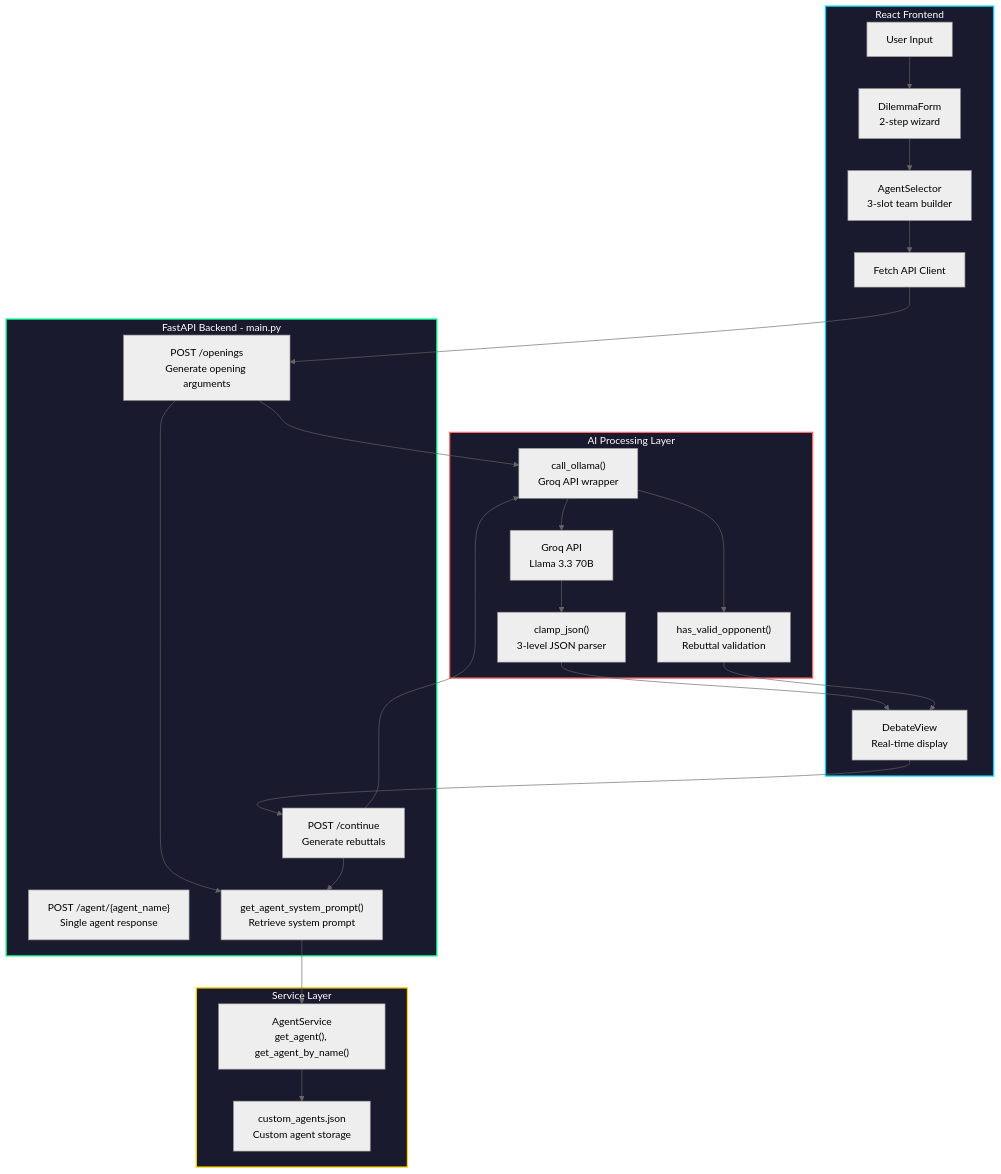
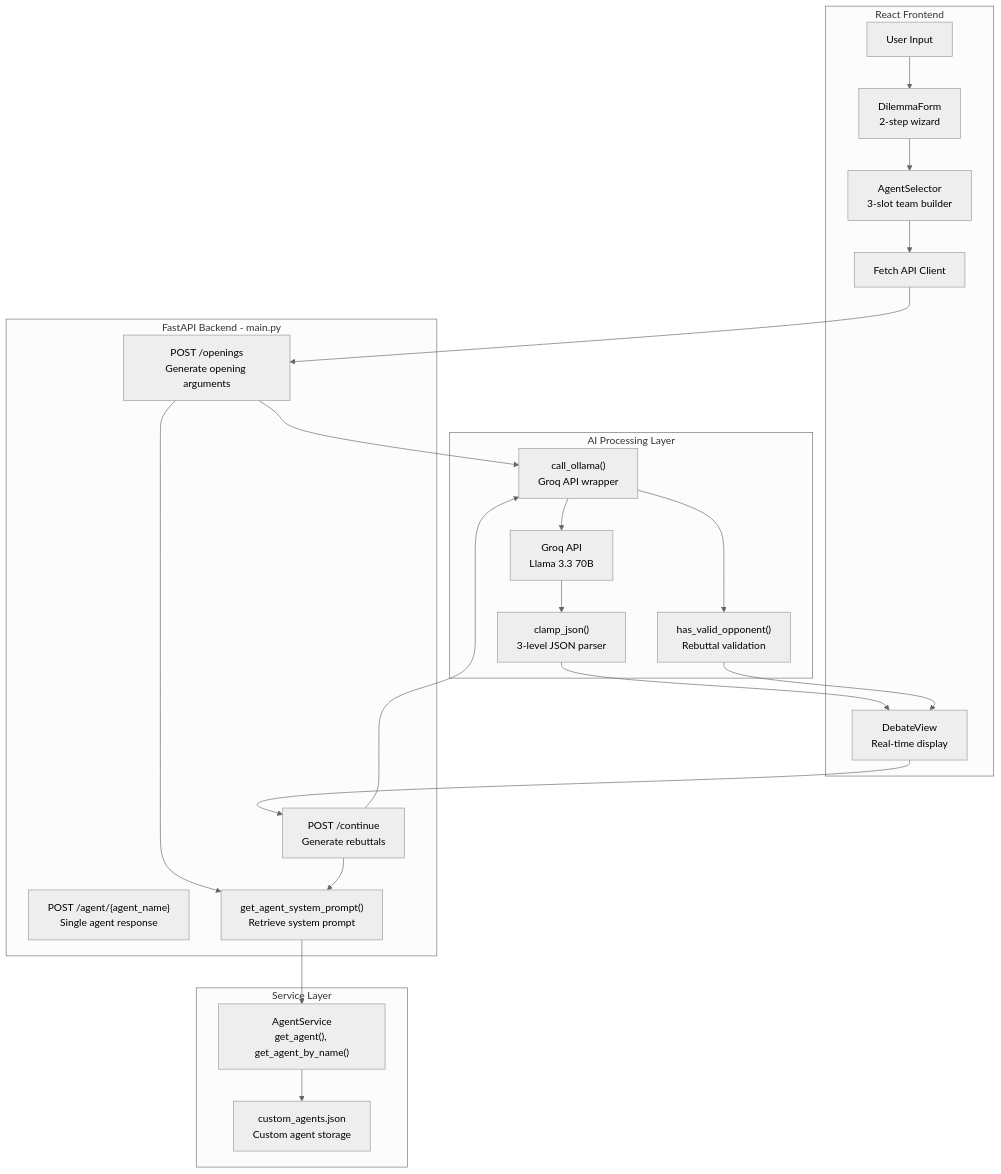
One commit to khattam/MirrorMind-AI changed the tenth of 11 diagrams in docs/feature-architecture-diagrams.md. Above: the diagram before and after it, drawn with Mermaid (neutral theme). The commit also changed other lines of this file, not shown here.

Commit message:
Remove dark background styling from Mermaid diagrams for better visibility

````diff
--- a/docs/feature-architecture-diagrams.md
+++ b/docs/feature-architecture-diagrams.md
@@ -489,54 +484,49 @@
 ```mermaid
 graph TB
     subgraph Frontend["React Frontend"]
         User[User Input]
         DilemmaForm[DilemmaForm<br/>2-step wizard]
         AgentSelector[AgentSelector<br/>3-slot team builder]
         DebateView[DebateView<br/>Real-time display]
         APIClient[Fetch API Client]
     end
     
     subgraph Backend["FastAPI Backend - main.py"]
         OpeningsEndpoint["POST /openings<br/>Generate opening arguments"]
         ContinueEndpoint["POST /continue<br/>Generate rebuttals"]
         SingleAgentEndpoint["POST /agent/{agent_name}<br/>Single agent response"]
         GetAgentPrompt["get_agent_system_prompt()<br/>Retrieve system prompt"]
     end
     
     subgraph AIProcessing["AI Processing Layer"]
         CallOllama["call_ollama()<br/>Groq API wrapper"]
         GroqAPI["Groq API<br/>Llama 3.3 70B"]
         ClampJSON["clamp_json()<br/>3-level JSON parser"]
         ValidateOpponent["has_valid_opponent()<br/>Rebuttal validation"]
     end
     
     subgraph Services["Service Layer"]
         AgentService["AgentService<br/>get_agent(), get_agent_by_name()"]
         AgentsJSON["custom_agents.json<br/>Custom agent storage"]
     end
     
     User --> DilemmaForm
     DilemmaForm --> AgentSelector
     AgentSelector --> APIClient
     APIClient --> OpeningsEndpoint
     
     OpeningsEndpoint --> GetAgentPrompt
     GetAgentPrompt --> AgentService
     AgentService --> AgentsJSON
     
     OpeningsEndpoint --> CallOllama
     CallOllama --> GroqAPI
     GroqAPI --> ClampJSON
     ClampJSON --> DebateView
     
     DebateView --> ContinueEndpoint
     ContinueEndpoint --> GetAgentPrompt
     ContinueEndpoint --> CallOllama
     CallOllama --> ValidateOpponent
     ValidateOpponent --> DebateView
-    
-    style Frontend fill:#1a1a2e,stroke:#00d9ff,stroke-width:2px,color:#fff
-    style Backend fill:#1a1a2e,stroke:#00ff88,stroke-width:2px,color:#fff
-    style AIProcessing fill:#1a1a2e,stroke:#ff6b6b,stroke-width:2px,color:#fff
-    style Services fill:#1a1a2e,stroke:#ffd700,stroke-width:2px,color:#fff
 ```
````
